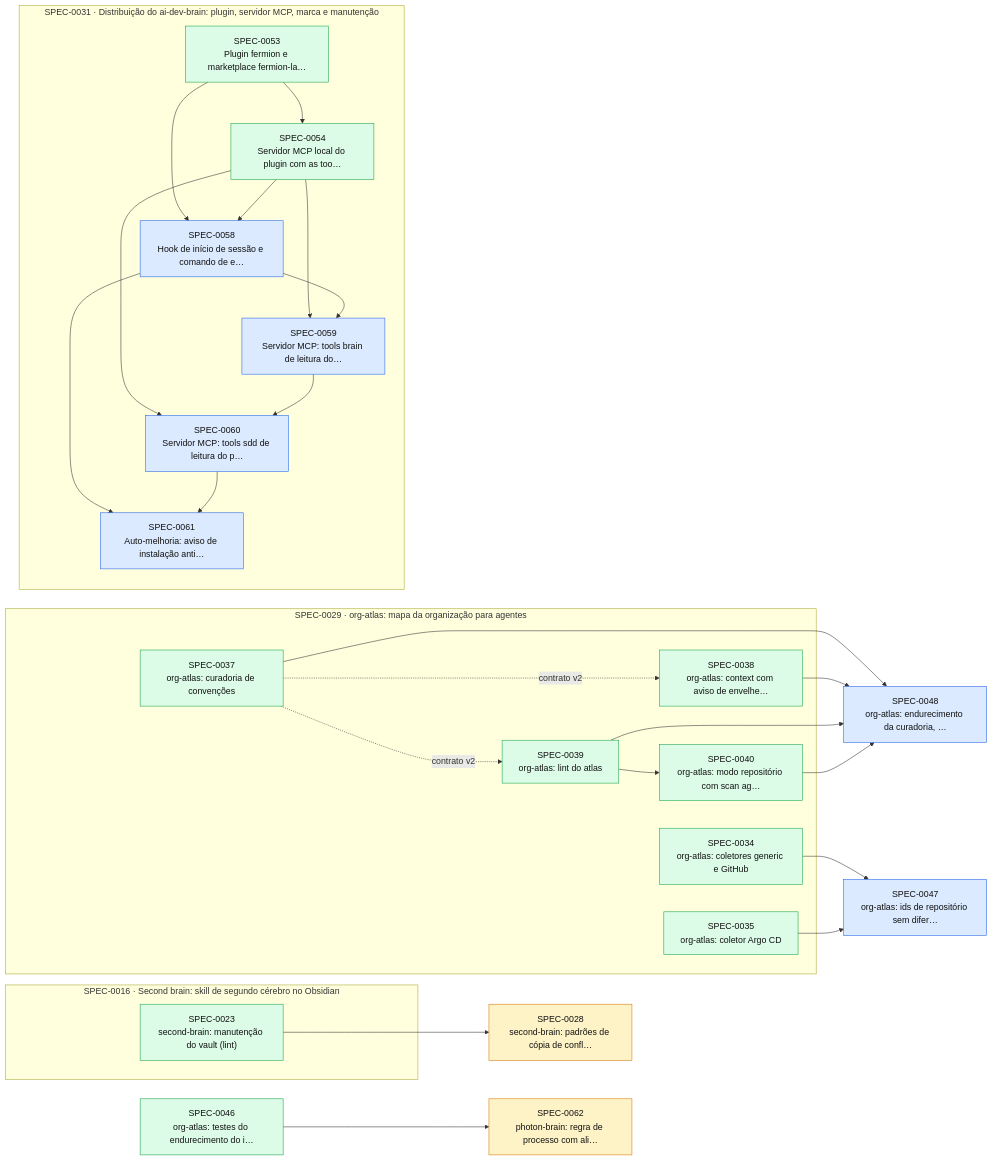
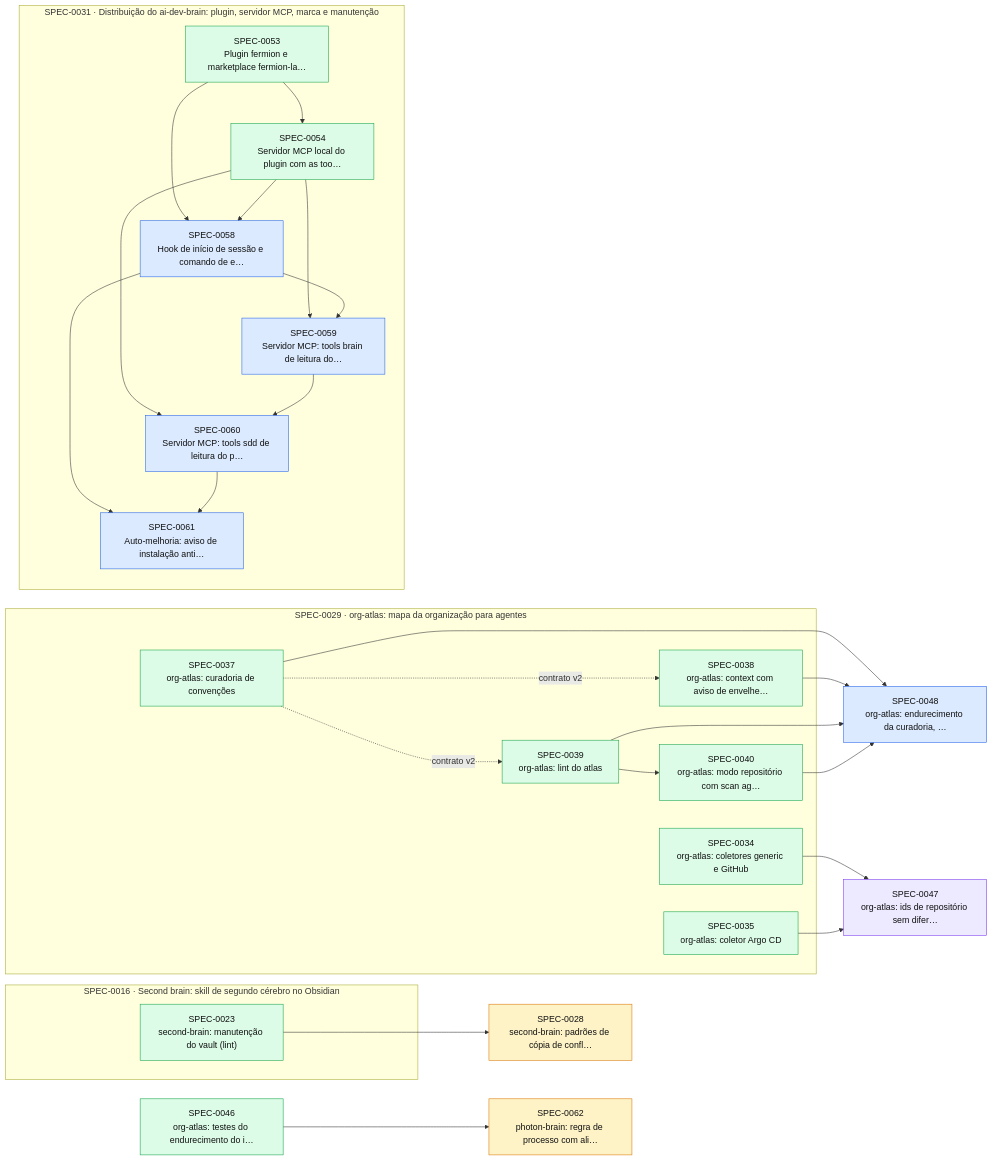
One commit to thomasravache/ai-dev-brain changed the diagram in docs/specs/INDEX.md. Above: the diagram before and after it, drawn with Mermaid. The commit also changed other lines of this file and 1 other file, not shown here.

First line of the commit message:
docs(specs): PLAN da SPEC-0047

````diff
--- a/docs/specs/INDEX.md
+++ b/docs/specs/INDEX.md
@@ -55,52 +55,52 @@
 ```mermaid
 flowchart LR
   S0028["SPEC-0028<br/>second-brain: padrões de cópia de confl…"]:::proposed
   S0046["SPEC-0046<br/>org-atlas: testes do endurecimento do i…"]:::implemented
-  S0047["SPEC-0047<br/>org-atlas: ids de repositório sem difer…"]:::approved
+  S0047["SPEC-0047<br/>org-atlas: ids de repositório sem difer…"]:::inprogress
   S0048["SPEC-0048<br/>org-atlas: endurecimento da curadoria, …"]:::approved
   S0062["SPEC-0062<br/>photon-brain: regra de processo com ali…"]:::proposed
   subgraph E0016["SPEC-0016 · Second brain: skill de segundo cérebro no Obsidian"]
     S0023["SPEC-0023<br/>second-brain: manutenção do vault (lint)"]:::implemented
   end
   subgraph E0029["SPEC-0029 · org-atlas: mapa da organização para agentes"]
     S0034["SPEC-0034<br/>org-atlas: coletores generic e GitHub"]:::implemented
     S0035["SPEC-0035<br/>org-atlas: coletor Argo CD"]:::implemented
     S0037["SPEC-0037<br/>org-atlas: curadoria de convenções"]:::implemented
     S0038["SPEC-0038<br/>org-atlas: context com aviso de envelhe…"]:::implemented
     S0039["SPEC-0039<br/>org-atlas: lint do atlas"]:::implemented
     S0040["SPEC-0040<br/>org-atlas: modo repositório com scan ag…"]:::implemented
   end
   subgraph E0031["SPEC-0031 · Distribuição do ai-dev-brain: plugin, servidor MCP, marca e manutenção"]
     S0053["SPEC-0053<br/>Plugin fermion e marketplace fermion-la…"]:::implemented
     S0054["SPEC-0054<br/>Servidor MCP local do plugin com as too…"]:::implemented
     S0058["SPEC-0058<br/>Hook de início de sessão e comando de e…"]:::approved
     S0059["SPEC-0059<br/>Servidor MCP: tools brain de leitura do…"]:::approved
     S0060["SPEC-0060<br/>Servidor MCP: tools sdd de leitura do p…"]:::approved
     S0061["SPEC-0061<br/>Auto-melhoria: aviso de instalação anti…"]:::approved
   end
   S0023 --> S0028
   S0037 -. contrato v2 .-> S0038
   S0037 -. contrato v2 .-> S0039
   S0039 --> S0040
   S0034 --> S0047
   S0035 --> S0047
   S0037 --> S0048
   S0038 --> S0048
   S0039 --> S0048
   S0040 --> S0048
   S0053 --> S0054
   S0053 --> S0058
   S0054 --> S0058
   S0054 --> S0059
   S0058 --> S0059
   S0054 --> S0060
   S0059 --> S0060
   S0058 --> S0061
   S0060 --> S0061
   S0046 --> S0062
   classDef proposed fill:#fef3c7,stroke:#d97706,color:#111
   classDef approved fill:#dbeafe,stroke:#2563eb,color:#111
   classDef inprogress fill:#ede9fe,stroke:#7c3aed,color:#111
   classDef implemented fill:#dcfce7,stroke:#16a34a,color:#111
   classDef deprecated fill:#f3f4f6,stroke:#9ca3af,color:#6b7280
 ```
````
